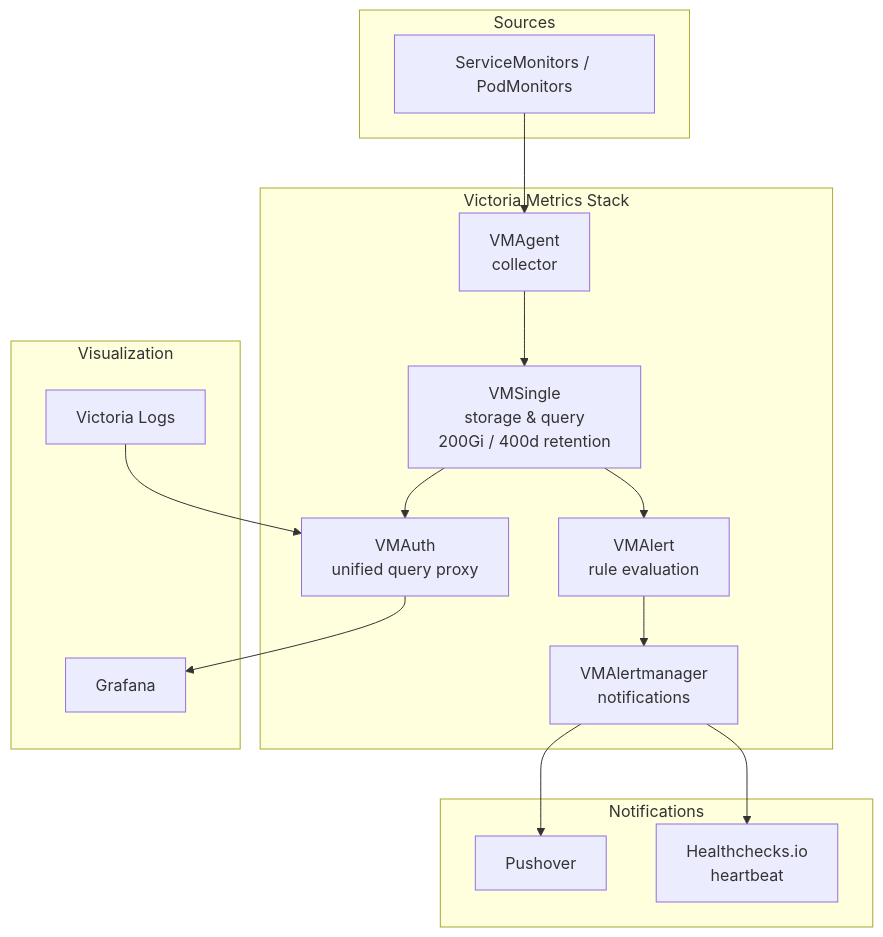
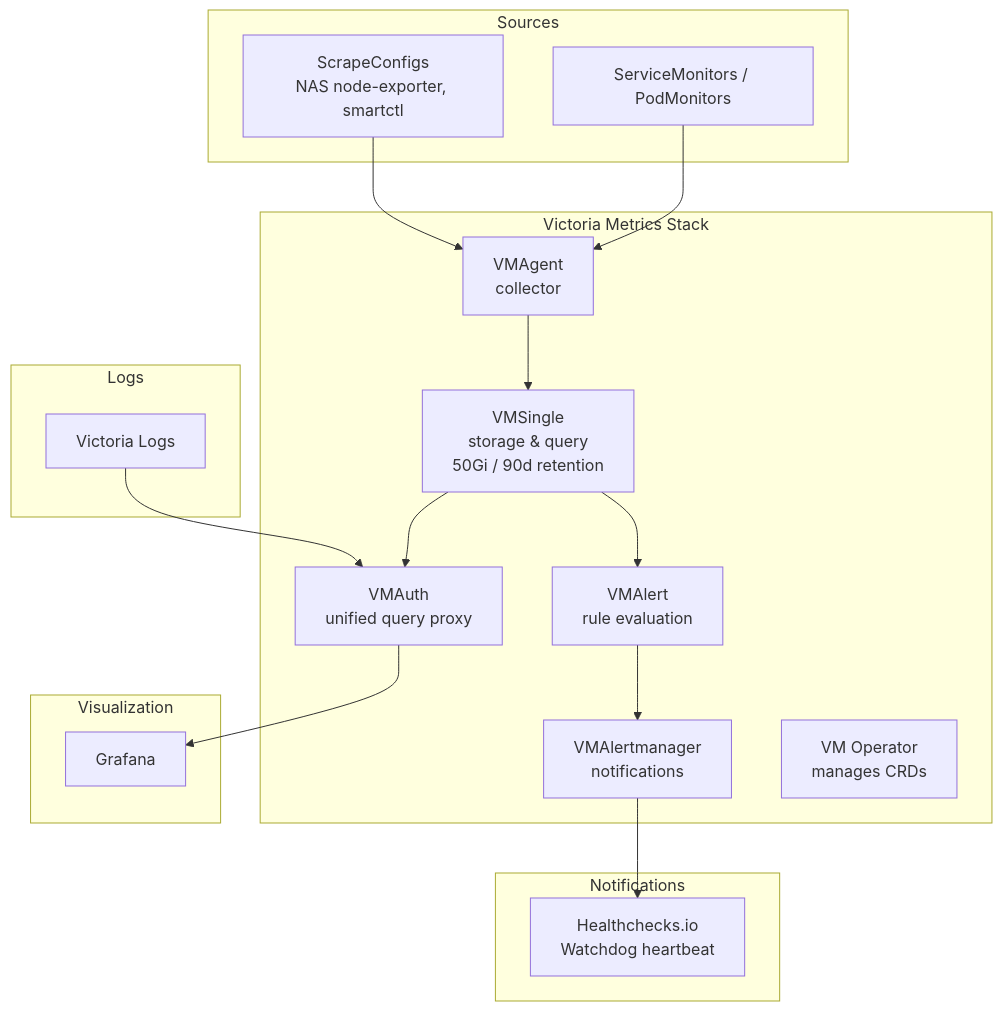
Before and after one commit to equinoxel/home-ops: the first of 2 diagrams in kubernetes/apps/observability/victoria-metrics/README.md, drawn with Mermaid. The commit also changed other lines of this file, not shown here.

Commit message:
docs(victoria-metrics): rewrite README to reflect current state (no pushover, openebs storage)

````diff
--- a/kubernetes/apps/observability/victoria-metrics/README.md
+++ b/kubernetes/apps/observability/victoria-metrics/README.md
@@ -11,34 +11,38 @@
 ```mermaid
 graph TD
     subgraph Sources
         SM[ServiceMonitors / PodMonitors]
+        SC[ScrapeConfigs<br/>NAS node-exporter, smartctl]
     end
 
     subgraph Victoria Metrics Stack
         VMA[VMAgent<br/>collector]
-        VMS[VMSingle<br/>storage & query<br/>200Gi / 400d retention]
+        VMS[VMSingle<br/>storage & query<br/>50Gi / 90d retention]
         VMAL[VMAlert<br/>rule evaluation]
         VMAM[VMAlertmanager<br/>notifications]
         VMAUTH[VMAuth<br/>unified query proxy]
+        VMOP[VM Operator<br/>manages CRDs]
     end
 
     subgraph Notifications
-        PO[Pushover]
-        HB[Healthchecks.io<br/>heartbeat]
+        HB[Healthchecks.io<br/>Watchdog heartbeat]
     end
 
     subgraph Visualization
         GF[Grafana]
+    end
+
+    subgraph Logs
         VL[Victoria Logs]
     end
 
     SM --> VMA
+    SC --> VMA
     VMA --> VMS
     VMS --> VMAL
     VMAL --> VMAM
-    VMAM --> PO
     VMAM --> HB
     VMS --> VMAUTH
     VL --> VMAUTH
     VMAUTH --> GF
 ```
````
